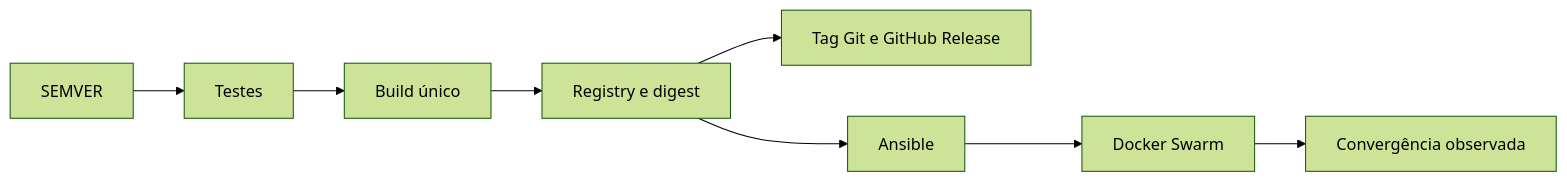
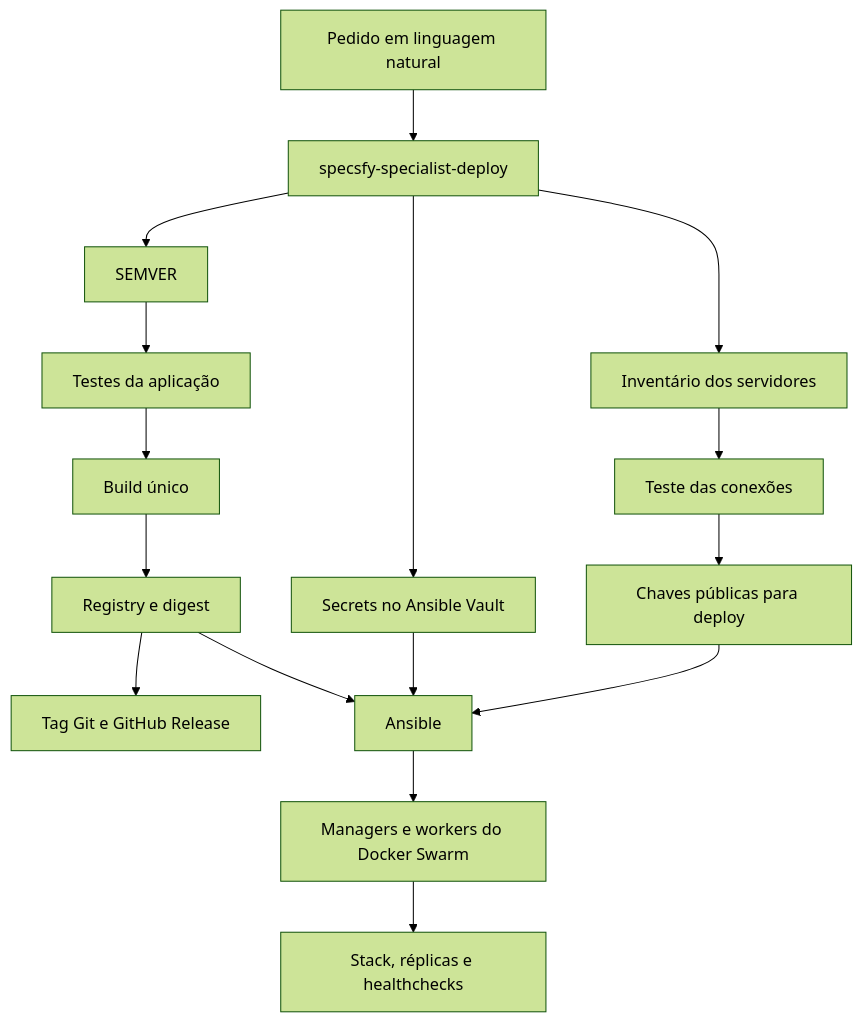
The diagram in docs/user/deploy.md (promovaweb/specsfy), drawn with Mermaid (forest theme) before and after one commit. The commit also changed other lines of this file and 39 other files, not shown here.

Commit message:
feat: automatiza deploy completo com Docker Swarm

````diff
--- a/docs/user/deploy.md
+++ b/docs/user/deploy.md
@@ -75,10 +78,18 @@
 ```mermaid
-flowchart LR
-  S[SEMVER] --> T[Testes]
+flowchart TD
+  P[Pedido em linguagem natural] --> D[specsfy-specialist-deploy]
+  D --> I[Inventário dos servidores]
+  I --> C[Teste das conexões]
+  C --> K[Chaves públicas para deploy]
+  D --> S[SEMVER]
+  D --> V[Secrets no Ansible Vault]
+  S --> T[Testes da aplicação]
   T --> B[Build único]
   B --> R[Registry e digest]
   R --> G[Tag Git e GitHub Release]
-  R --> A[Ansible]
-  A --> W[Docker Swarm]
-  W --> O[Convergência observada]
+  K --> A[Ansible]
+  V --> A
+  R --> A
+  A --> W[Managers e workers do Docker Swarm]
+  W --> O[Stack, réplicas e healthchecks]
 ```
````
